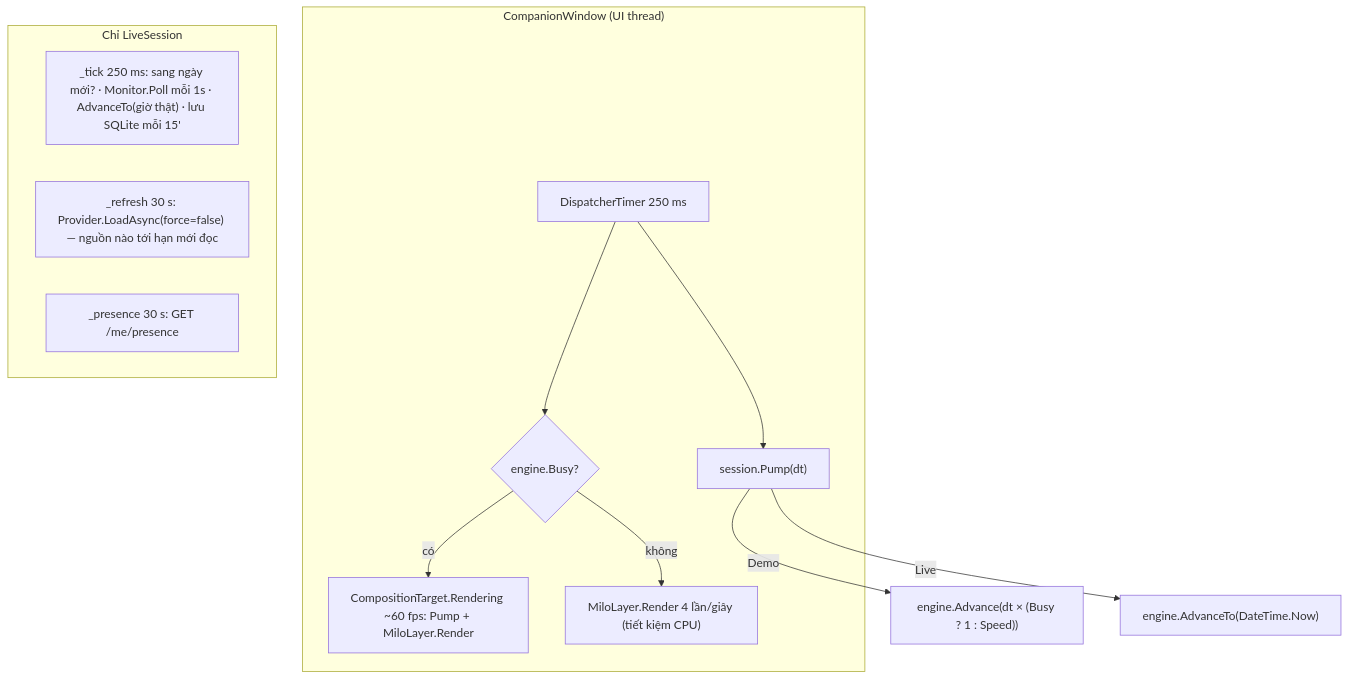
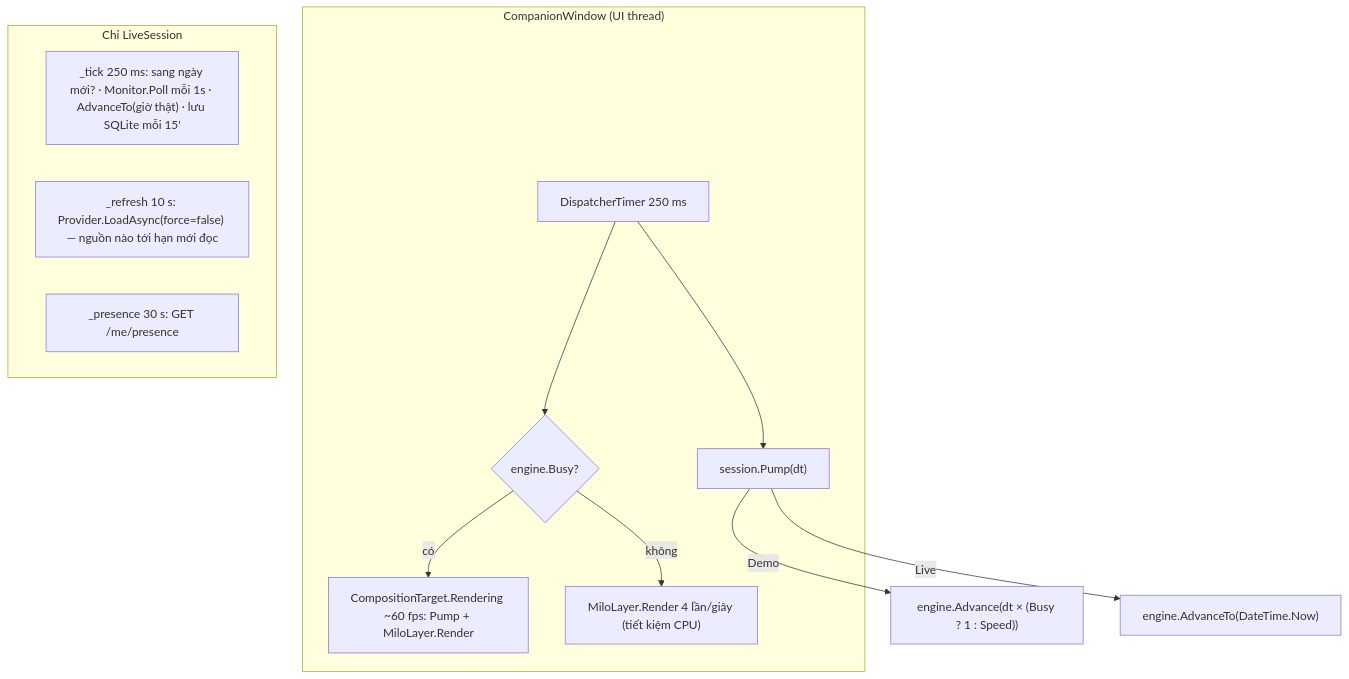
One commit to Killig3110/mindiful changed the fourth of 15 diagrams in docs/KIEN-TRUC.md. Above: the diagram before and after it, drawn with Mermaid. The commit also changed other lines of this file and 12 other files, not shown here.

````diff
--- a/docs/KIEN-TRUC.md
+++ b/docs/KIEN-TRUC.md
@@ -170,16 +170,16 @@
 ```mermaid
 flowchart TB
     subgraph Companion["CompanionWindow (UI thread)"]
         T250["DispatcherTimer 250 ms"] --> Pump["session.Pump(dt)"]
         T250 --> Busy{"engine.Busy?"}
         Busy -- có --> R60["CompositionTarget.Rendering ~60 fps: Pump + MiloLayer.Render"]
         Busy -- không --> R4["MiloLayer.Render 4 lần/giây (tiết kiệm CPU)"]
     end
     subgraph LiveOnly["Chỉ LiveSession"]
         Tick["_tick 250 ms: sang ngày mới? · Monitor.Poll mỗi 1s · AdvanceTo(giờ thật) · lưu SQLite mỗi 15'"]
-        Refresh["_refresh 30 s: Provider.LoadAsync(force=false) — nguồn nào tới hạn mới đọc"]
+        Refresh["_refresh 10 s: Provider.LoadAsync(force=false) — nguồn nào tới hạn mới đọc"]
         Presence["_presence 30 s: GET /me/presence"]
     end
     Pump -->|Demo| Adv["engine.Advance(dt × (Busy ? 1 : Speed))"]
     Pump -->|Live| AdvT["engine.AdvanceTo(DateTime.Now)"]
 ```
````
